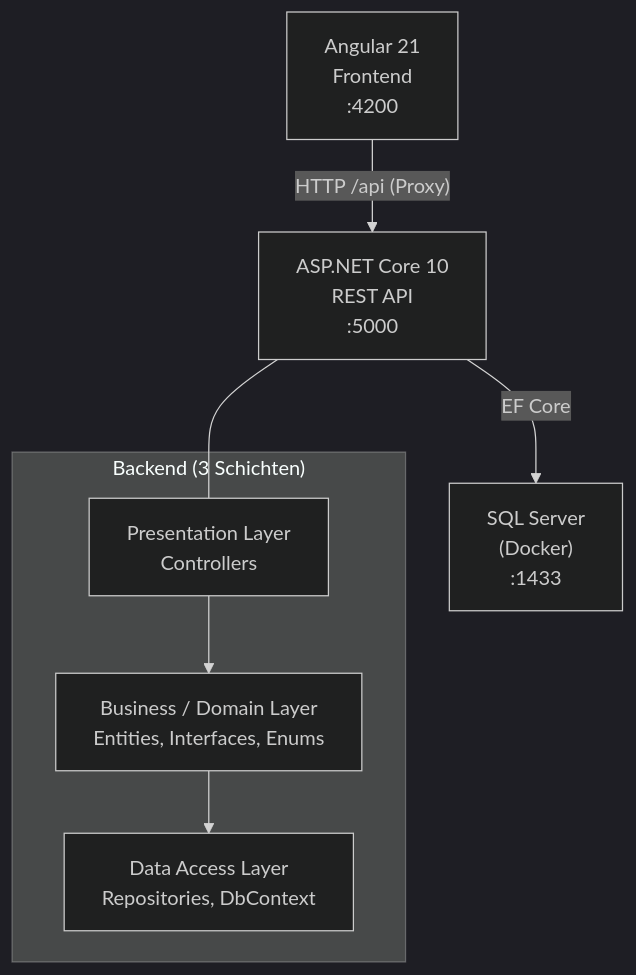
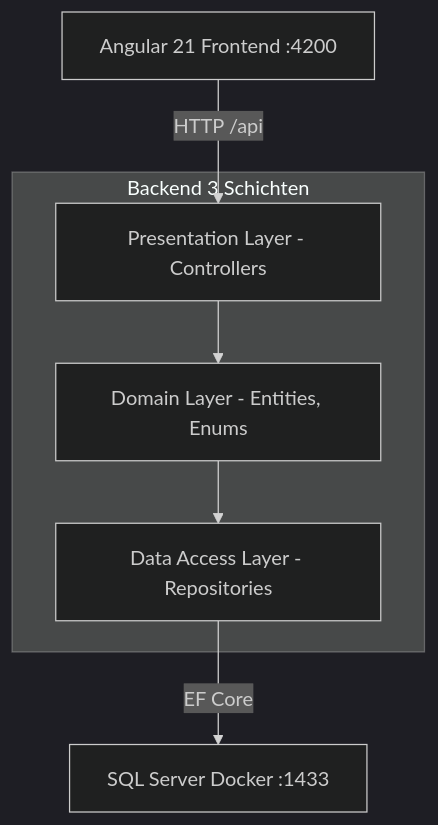
Before and after one commit to Monnerus/LB223: the first of 4 diagrams in README.md, drawn with Mermaid (dark theme). The commit also changed other lines of this file, not shown here.

````diff
--- a/README.md
+++ b/README.md
@@ -29,19 +29,14 @@
 ```mermaid
 graph TD
-    FE["Angular 21\nFrontend\n:4200"]
-    API["ASP.NET Core 10\nREST API\n:5000"]
-    DB["SQL Server\n(Docker)\n:1433"]
+    FE["Angular 21 Frontend :4200"]
+    subgraph Backend ["Backend 3 Schichten"]
+        PL["Presentation Layer - Controllers"]
+        BL["Domain Layer - Entities, Enums"]
+        DAL["Data Access Layer - Repositories"]
+        PL --> BL --> DAL
+    end
+    DB["SQL Server Docker :1433"]
 
-    FE -->|"HTTP /api (Proxy)"| API
-    API -->|"EF Core"| DB
-
-    subgraph Backend ["Backend (3 Schichten)"]
-        PL["Presentation Layer\nControllers"]
-        BL["Business / Domain Layer\nEntities, Interfaces, Enums"]
-        DAL["Data Access Layer\nRepositories, DbContext"]
-        PL --> BL
-        BL --> DAL
-    end
-
-    API --- PL
+    FE -->|"HTTP /api"| PL
+    DAL -->|"EF Core"| DB
 ```
````
